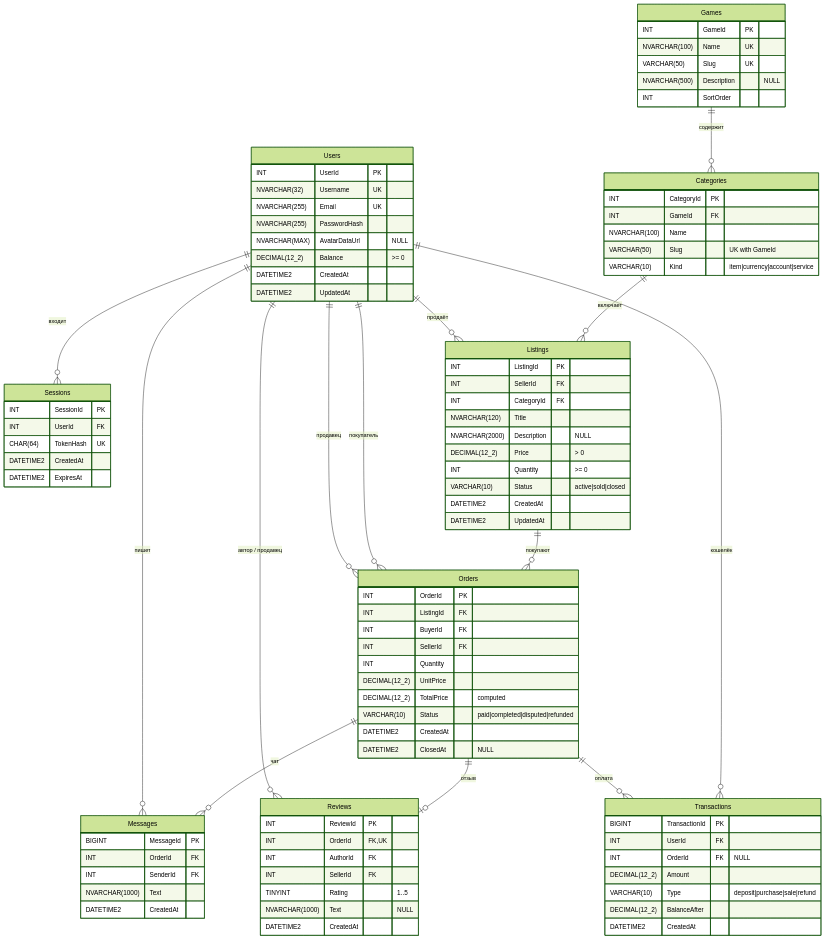
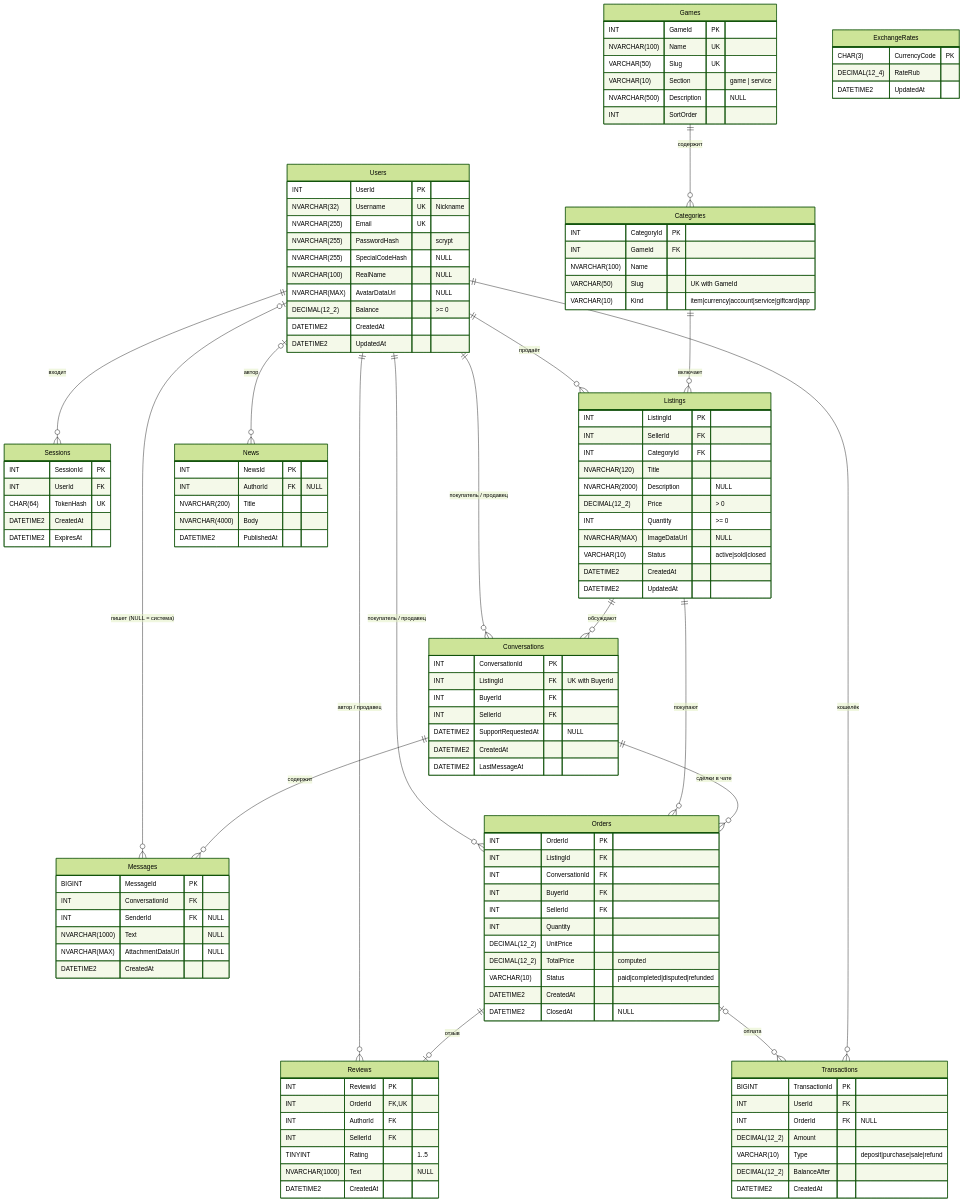
The diagram in docs/database/er-diagram.mmd (Cusokgovna/Weather-Website), drawn with Mermaid (forest theme) before and after one commit. The commit also changed 12 other files, not shown here.

First line of the commit message:
docs: developer guide for Kraken Shop, ER diagram, VS Code launch configs

```diff
--- a/docs/database/er-diagram.mmd
+++ b/docs/database/er-diagram.mmd
@@ -1,95 +1,125 @@
 erDiagram
     Users ||--o{ Sessions : "входит"
     Games ||--o{ Categories : "содержит"
     Categories ||--o{ Listings : "включает"
     Users ||--o{ Listings : "продаёт"
+    Listings ||--o{ Conversations : "обсуждают"
+    Users ||--o{ Conversations : "покупатель / продавец"
+    Conversations ||--o{ Messages : "содержит"
+    Users |o--o{ Messages : "пишет (NULL = система)"
+    Conversations ||--o{ Orders : "сделки в чате"
     Listings ||--o{ Orders : "покупают"
-    Users ||--o{ Orders : "покупатель"
-    Users ||--o{ Orders : "продавец"
-    Orders ||--o{ Messages : "чат"
-    Users ||--o{ Messages : "пишет"
+    Users ||--o{ Orders : "покупатель / продавец"
     Orders ||--o| Reviews : "отзыв"
     Users ||--o{ Reviews : "автор / продавец"
     Users ||--o{ Transactions : "кошелёк"
-    Orders ||--o{ Transactions : "оплата"
+    Orders |o--o{ Transactions : "оплата"
+    Users |o--o{ News : "автор"
 
     Users {
         INT UserId PK
-        NVARCHAR(32) Username UK
+        NVARCHAR(32) Username UK "Nickname"
         NVARCHAR(255) Email UK
-        NVARCHAR(255) PasswordHash
+        NVARCHAR(255) PasswordHash "scrypt"
+        NVARCHAR(255) SpecialCodeHash "NULL"
+        NVARCHAR(100) RealName "NULL"
         NVARCHAR(MAX) AvatarDataUrl "NULL"
         DECIMAL(12_2) Balance ">= 0"
         DATETIME2 CreatedAt
         DATETIME2 UpdatedAt
     }
     Sessions {
         INT SessionId PK
         INT UserId FK
         CHAR(64) TokenHash UK
         DATETIME2 CreatedAt
         DATETIME2 ExpiresAt
     }
     Games {
         INT GameId PK
         NVARCHAR(100) Name UK
         VARCHAR(50) Slug UK
+        VARCHAR(10) Section "game | service"
         NVARCHAR(500) Description "NULL"
         INT SortOrder
     }
     Categories {
         INT CategoryId PK
         INT GameId FK
         NVARCHAR(100) Name
         VARCHAR(50) Slug "UK with GameId"
-        VARCHAR(10) Kind "item|currency|account|service"
+        VARCHAR(10) Kind "item|currency|account|service|giftcard|app"
     }
     Listings {
         INT ListingId PK
         INT SellerId FK
         INT CategoryId FK
         NVARCHAR(120) Title
         NVARCHAR(2000) Description "NULL"
         DECIMAL(12_2) Price "> 0"
         INT Quantity ">= 0"
+        NVARCHAR(MAX) ImageDataUrl "NULL"
         VARCHAR(10) Status "active|sold|closed"
         DATETIME2 CreatedAt
         DATETIME2 UpdatedAt
     }
+    Conversations {
+        INT ConversationId PK
+        INT ListingId FK "UK with BuyerId"
+        INT BuyerId FK
+        INT SellerId FK
+        DATETIME2 SupportRequestedAt "NULL"
+        DATETIME2 CreatedAt
+        DATETIME2 LastMessageAt
+    }
+    Messages {
+        BIGINT MessageId PK
+        INT ConversationId FK
+        INT SenderId FK "NULL"
+        NVARCHAR(1000) Text "NULL"
+        NVARCHAR(MAX) AttachmentDataUrl "NULL"
+        DATETIME2 CreatedAt
+    }
     Orders {
         INT OrderId PK
         INT ListingId FK
+        INT ConversationId FK
         INT BuyerId FK
         INT SellerId FK
         INT Quantity
         DECIMAL(12_2) UnitPrice
         DECIMAL(12_2) TotalPrice "computed"
         VARCHAR(10) Status "paid|completed|disputed|refunded"
         DATETIME2 CreatedAt
         DATETIME2 ClosedAt "NULL"
     }
     Transactions {
         BIGINT TransactionId PK
         INT UserId FK
         INT OrderId FK "NULL"
         DECIMAL(12_2) Amount
         VARCHAR(10) Type "deposit|purchase|sale|refund"
         DECIMAL(12_2) BalanceAfter
         DATETIME2 CreatedAt
     }
     Reviews {
         INT ReviewId PK
         INT OrderId FK,UK
         INT AuthorId FK
         INT SellerId FK
         TINYINT Rating "1..5"
         NVARCHAR(1000) Text "NULL"
         DATETIME2 CreatedAt
     }
-    Messages {
-        BIGINT MessageId PK
-        INT OrderId FK
-        INT SenderId FK
-        NVARCHAR(1000) Text
-        DATETIME2 CreatedAt
+    News {
+        INT NewsId PK
+        INT AuthorId FK "NULL"
+        NVARCHAR(200) Title
+        NVARCHAR(4000) Body
+        DATETIME2 PublishedAt
     }
+    ExchangeRates {
+        CHAR(3) CurrencyCode PK
+        DECIMAL(12_4) RateRub
+        DATETIME2 UpdatedAt
+    }
```
